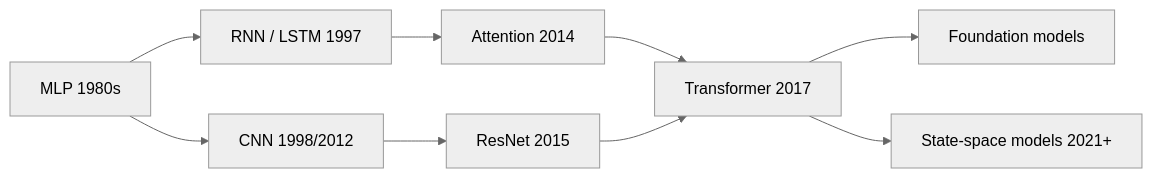
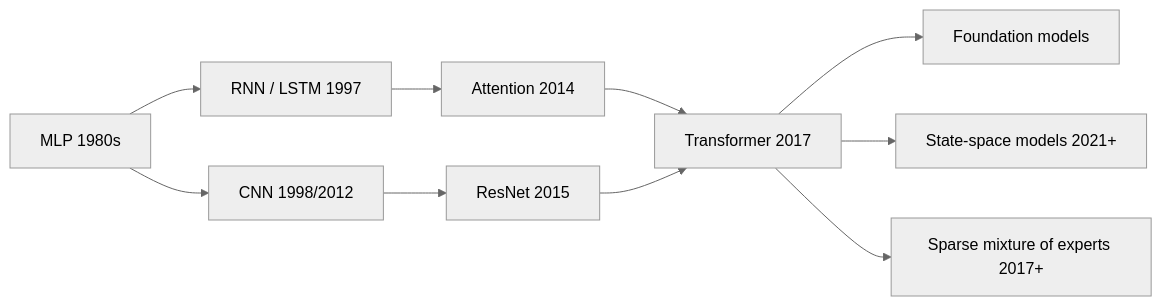
One commit to marcpoliquin5/understanding-ai changed the diagram in docs/02-deep-learning/README.md. Above: the diagram before and after it, drawn with Mermaid (neutral theme). The commit also changed other lines of this file and 6 other files, not shown here.

Commit message:
Add Mixture of experts and conditional computation page (Deep learning) with 21 checked references

````diff
--- a/docs/02-deep-learning/README.md
+++ b/docs/02-deep-learning/README.md
@@ -13,11 +14,12 @@
 ```mermaid
 flowchart LR
     MLP[MLP 1980s] --> CNN[CNN 1998/2012]
     MLP --> RNN[RNN / LSTM 1997]
     CNN --> ResNet[ResNet 2015]
     RNN --> Attn[Attention 2014]
     Attn --> TF[Transformer 2017]
     ResNet --> TF
     TF --> FM[Foundation models]
     TF --> SSM[State-space models 2021+]
+    TF --> MoE[Sparse mixture of experts 2017+]
 ```
````
